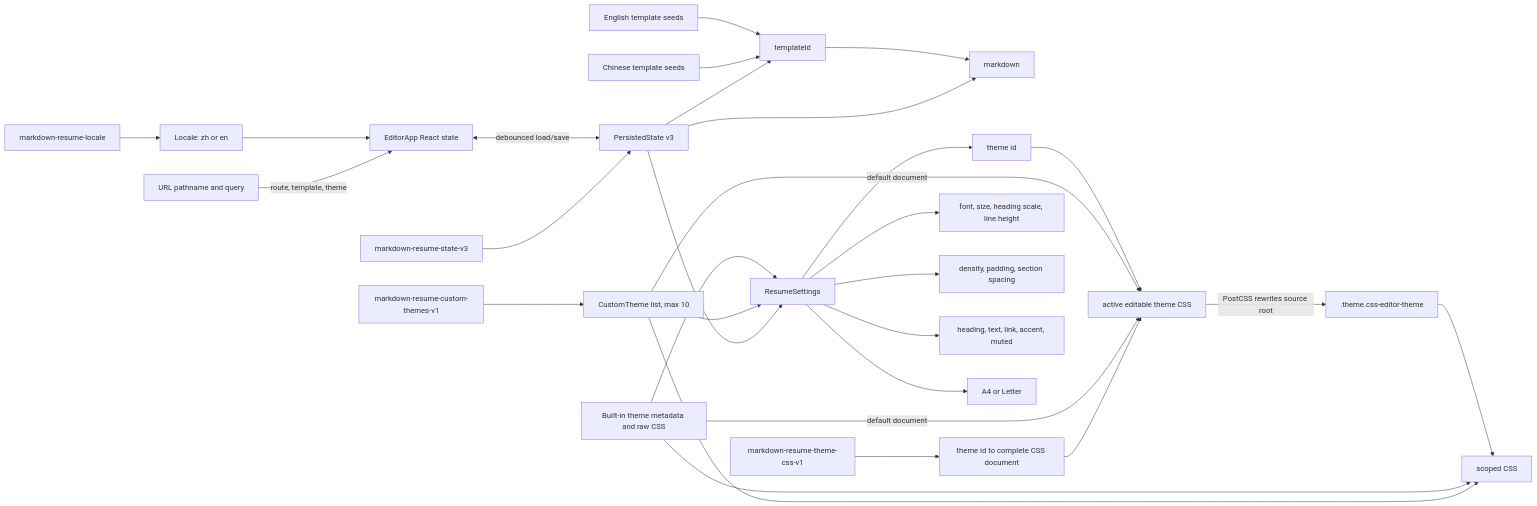
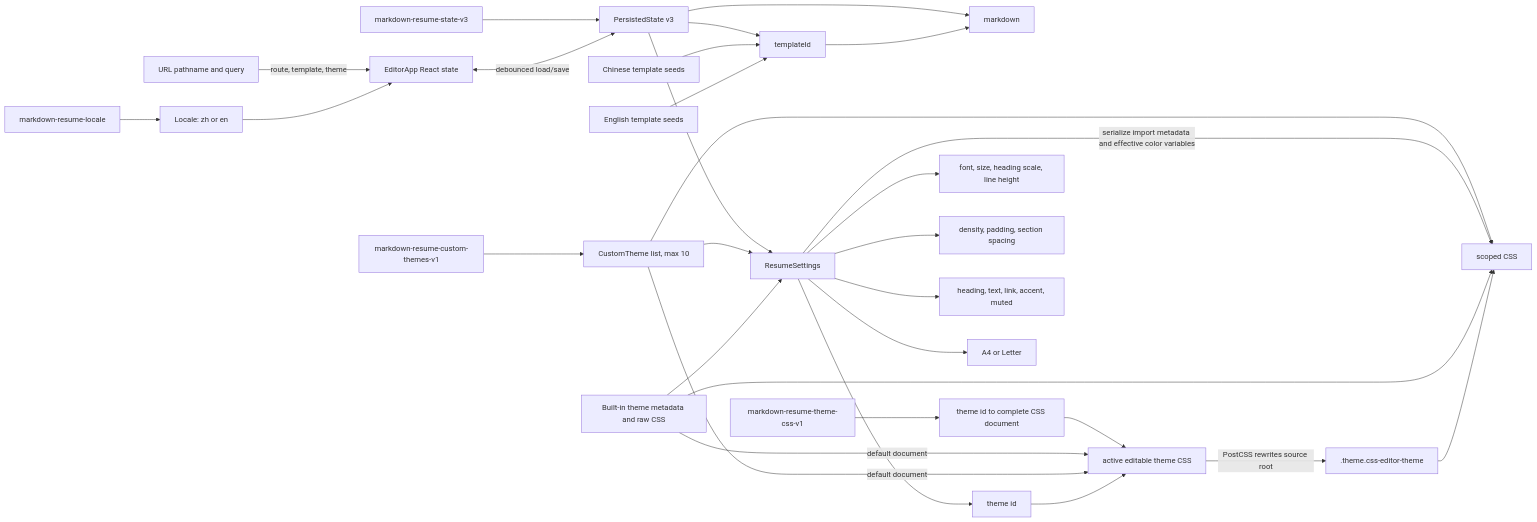
The third of 8 diagrams in docs/knowledge-graph.md (jarvanstack/markdown-to-resume), drawn with Mermaid before and after one commit. The commit also changed other lines of this file and 8 other files, not shown here.

````diff
--- a/docs/knowledge-graph.md
+++ b/docs/knowledge-graph.md
@@ -97,35 +97,36 @@
 ```mermaid
 flowchart LR
     URL["URL pathname and query"] -->|"route, template, theme"| AppState["EditorApp React state"]
     LocaleKey["markdown-resume-locale"] --> Locale["Locale: zh or en"]
     Locale --> AppState
 
     StateKey["markdown-resume-state-v3"] --> Persisted["PersistedState v3"]
     Persisted --> Markdown["markdown"]
     Persisted --> TemplateId["templateId"]
     Persisted --> Settings["ResumeSettings"]
     AppState <-->|"debounced load/save"| Persisted
 
     CssDraftKey["markdown-resume-theme-css-v1"] --> CssDrafts["theme id to complete CSS document"]
     CssDrafts --> ActiveCss["active editable theme CSS"]
 
     Settings --> ThemeId["theme id"]
     Settings --> Typography["font, size, heading scale, line height"]
     Settings --> Spacing["density, padding, section spacing"]
     Settings --> Colors["heading, text, link, accent, muted"]
     Settings --> Paper["A4 or Letter"]
 
     ThemeKey["markdown-resume-custom-themes-v1"] --> CustomTheme["CustomTheme list, max 10"]
     CustomTheme --> Settings
     CustomTheme --> ScopedCss["scoped CSS"]
+    Settings -->|"serialize import metadata and effective color variables"| ScopedCss
     BuiltInTheme["Built-in theme metadata and raw CSS"] --> Settings
     BuiltInTheme --> ScopedCss
     BuiltInTheme -->|"default document"| ActiveCss
     CustomTheme -->|"default document"| ActiveCss
     ThemeId --> ActiveCss
     ActiveCss -->|"PostCSS rewrites source root"| RuntimeCss[".theme.css-editor-theme"]
     RuntimeCss --> ScopedCss
     ZhTemplates["Chinese template seeds"] --> TemplateId
     EnTemplates["English template seeds"] --> TemplateId
     TemplateId --> Markdown
 ```
````
